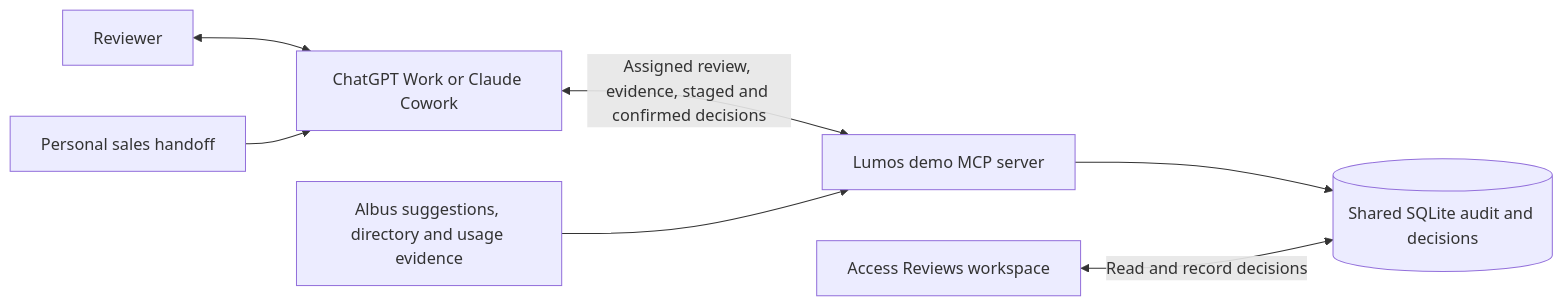
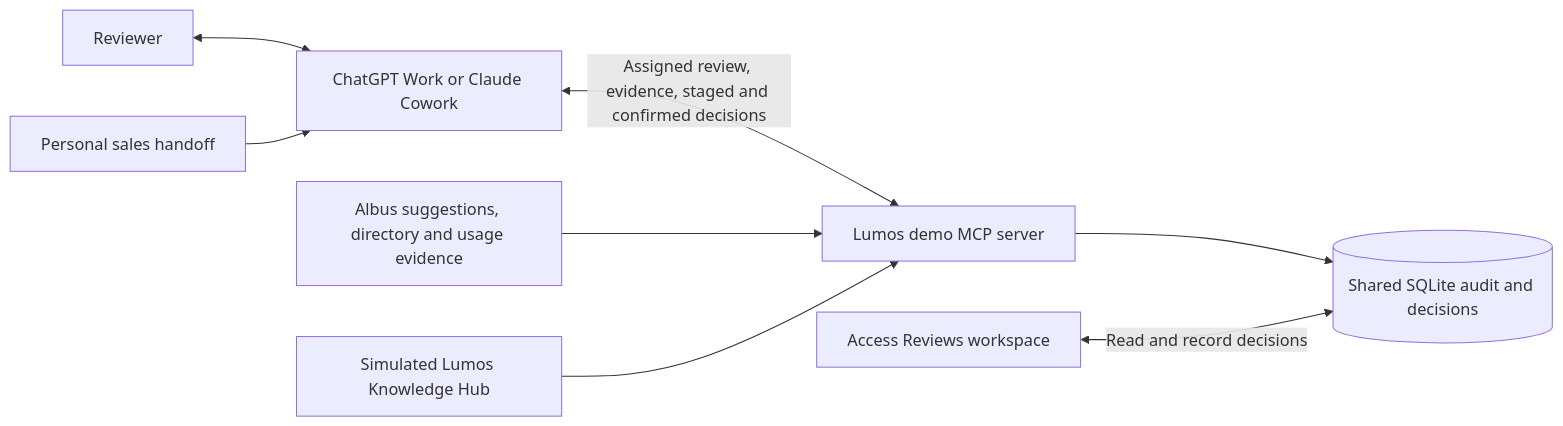
The first of 2 diagrams in docs/diagrams.md (BlakeB-PM/lumos-review-demo), drawn with Mermaid before and after one commit. The commit also changed 15 other files, not shown here.

Commit message:
Separate personal and Knowledge Hub context in scaled review demo

```diff
--- a/docs/diagrams.md
+++ b/docs/diagrams.md
@@ -3,9 +3,10 @@
 ~~~mermaid
 flowchart LR
     H[Reviewer] <--> C[ChatGPT Work or Claude Cowork]
     P[Personal sales handoff] --> C
     C <-->|Assigned review, evidence, staged and confirmed decisions| S[Lumos demo MCP server]
     F[Albus suggestions, directory and usage evidence] --> S
+    K[Simulated Lumos Knowledge Hub] --> S
     S --> D[(Shared SQLite audit and decisions)]
     R[Access Reviews workspace] <-->|Read and record decisions| D
 ~~~
```
